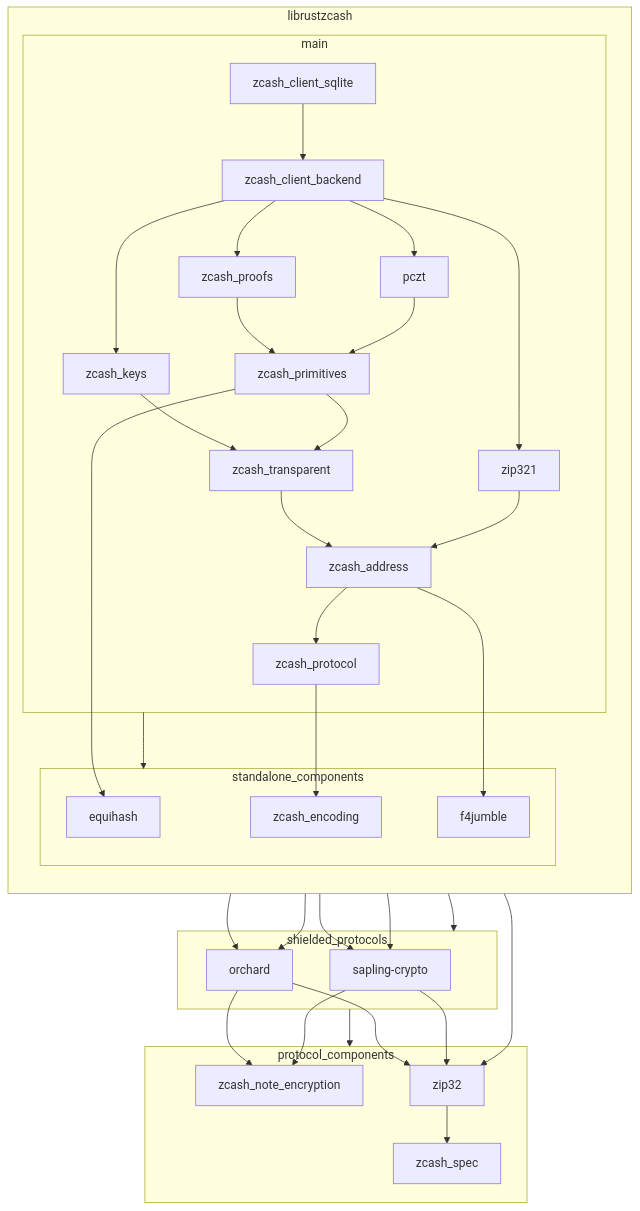
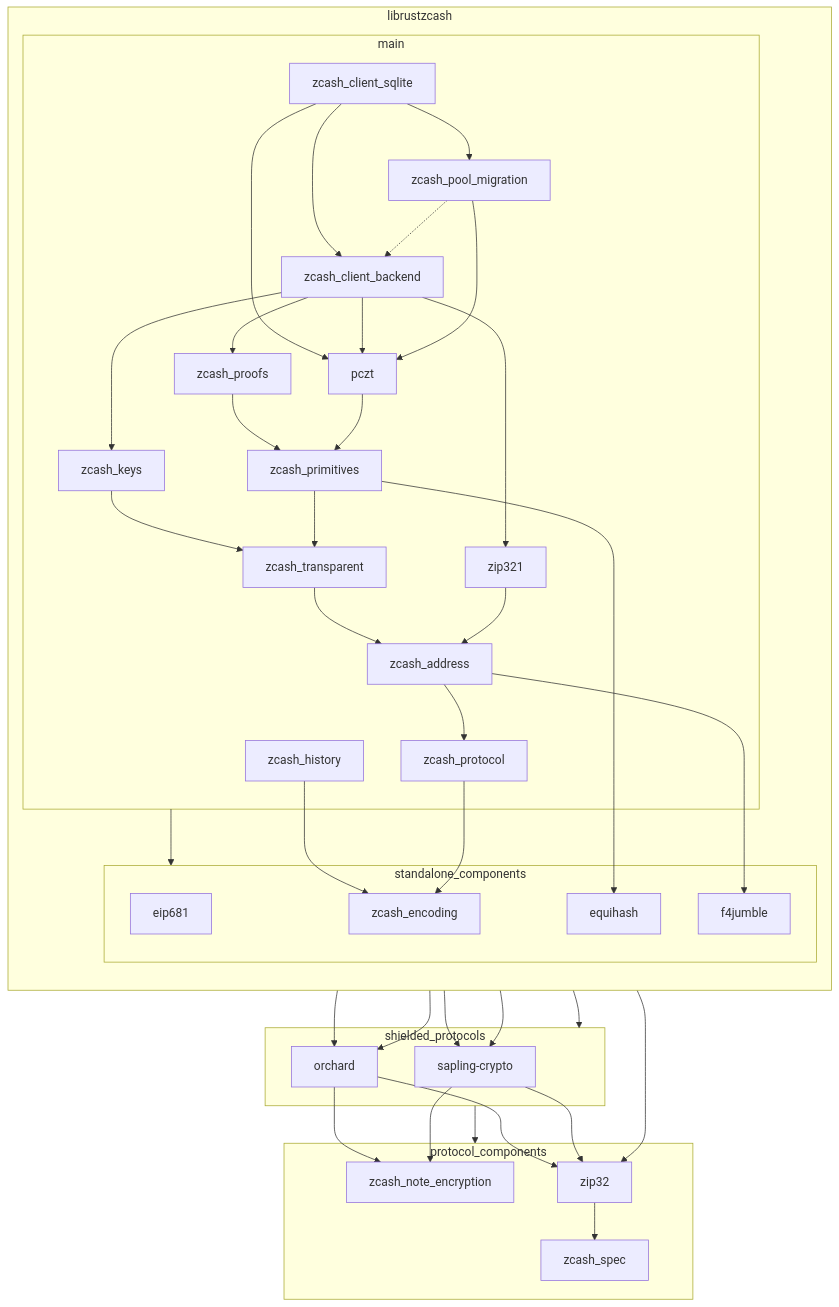
One commit to ShieldedLabs/zero changed the diagram in README.md. Above: the diagram before and after it, drawn with Mermaid. The commit also changed other lines of this file and 285 other files, not shown here.

````diff
--- a/README.md
+++ b/README.md
@@ -23,6 +23,7 @@
         direction TB
         subgraph main
             zcash_address
+            zcash_history
             zcash_primitives
             zcash_transparent
             zcash_proofs
@@ -31,10 +32,12 @@
             zcash_client_backend
             zcash_client_sqlite
             zcash_keys
+            zcash_pool_migration
             zip321
         end
 
         subgraph standalone_components
+            eip681
             equihash
             f4jumble
             zcash_encoding
@@ -57,10 +60,21 @@
 
     zcash_client_sqlite --> zcash_client_backend
 
+    zcash_client_sqlite --> zcash_pool_migration
+
+    %% The base `pczt` data model backs the pool-migration schema backfills, in
+    %% every build configuration.
+    zcash_client_sqlite --> pczt
+
+    %% The `zcash_client_backend` dependency is gated on the `wallet` feature.
+    zcash_pool_migration -.-> zcash_client_backend
+
     zcash_client_backend --> pczt
+    zcash_pool_migration --> pczt
 
     %% zcash_client_sqlite --> zcash_keys
     zcash_client_backend --> zcash_keys
+    %% zcash_pool_migration --> zcash_keys
 
     zcash_client_backend --> zcash_proofs
 
@@ -68,6 +82,7 @@
     pczt --> zcash_primitives
     %% zcash_client_backend --> zcash_primitives
     %% zcash_client_sqlite --> zcash_primitives
+    %% zcash_pool_migration --> zcash_primitives
 
     %% zcash_client_sqlite --> zcash_transparent
     %% zcash_client_backend --> zcash_transparent
@@ -91,6 +106,7 @@
     %% pczt --> zcash_protocol
     zcash_address --> zcash_protocol
     %% zip321 --> zcash_protocol
+    %% zcash_pool_migration --> zcash_protocol
 
     %% zcash_client_sqlite --> zcash_encoding
     %% zcash_transparent --> zcash_encoding
@@ -98,6 +114,7 @@
     %% zcash_keys --> zcash_encoding
     %% zcash_primitives --> zcash_encoding
     %% zcash_address --> zcash_encoding
+    zcash_history --> zcash_encoding
     zcash_protocol --> zcash_encoding
 
     zcash_primitives --> equihash
@@ -108,6 +125,7 @@
     zcash_keys --> orchard
     zcash_primitives --> orchard
     %% zcash_client_sqlite --> orchard
+    %% zcash_pool_migration --> orchard
 
     %% zcash_client_sqlite --> sapling-crypto
     %% zcash_client_backend --> sapling-crypto
@@ -123,6 +141,7 @@
     %% zcash_client_backend --> zcash_note_encryption
 
     %% zcash_client_sqlite --> zip32
+    %% zcash_pool_migration --> zip32
     %% zcash_client_backend --> zip32
     %% zcash_keys --> zip32
     orchard --> zip32
@@ -150,6 +169,7 @@
     click zcash_client_sqlite "https://docs.rs/zcash_client_sqlite/" _blank
     click zcash_keys "https://docs.rs/zcash_keys/" _blank
     click zcash_note_encryption "https://docs.rs/zcash_note_encryption/" _blank
+    click zcash_pool_migration "https://docs.rs/zcash_pool_migration/" _blank
     click zcash_primitives "https://docs.rs/zcash_primitives/" _blank
     click zcash_proofs "https://docs.rs/zcash_proofs/" _blank
     click zcash_protocol "https://docs.rs/zcash_protocol/" _blank
@@ -157,4 +177,5 @@
     click zcash_transparent "https://docs.rs/zcash_transparent/" _blank
     click zip321 "https://docs.rs/zip321/" _blank
     click zip32 "https://docs.rs/zip32/" _blank
+    click zcash_history "https://docs.rs/zcash_history/" _blank
 ```
````
